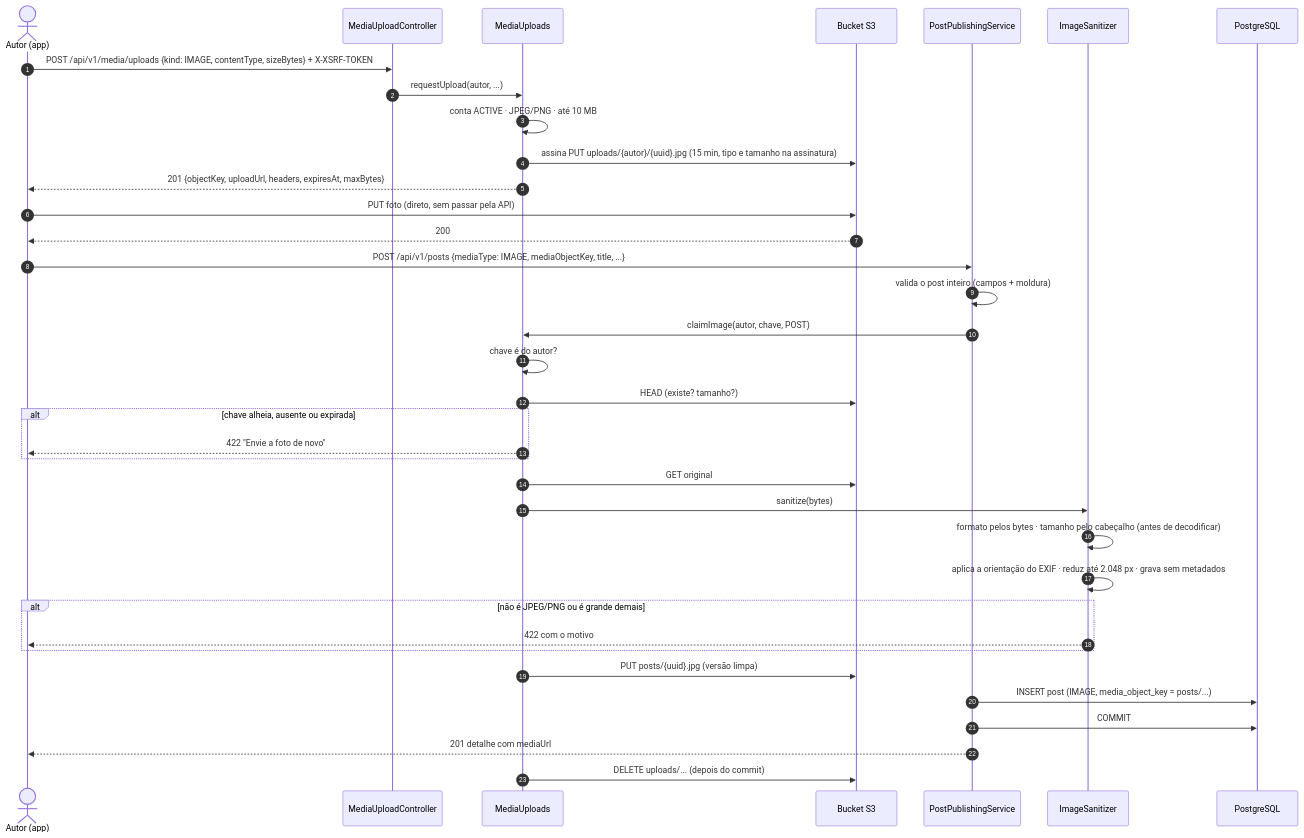
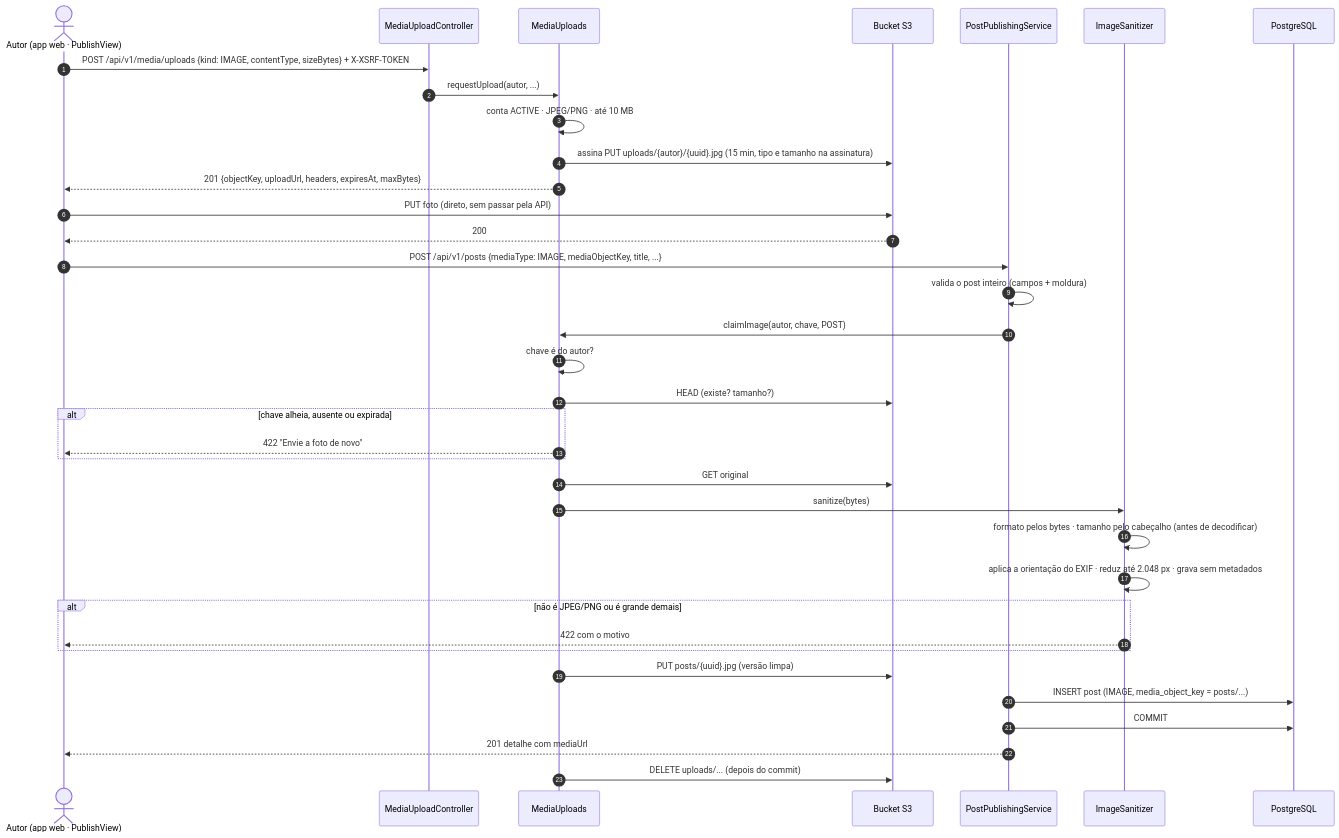
One commit to MatheusHaliski/orange_social_velion changed the third of 7 diagrams in docs/rf/RF29-publicar-post.md. Above: the diagram before and after it, drawn with Mermaid. The commit also changed other lines of this file and 14 other files, not shown here.

````diff
--- a/docs/rf/RF29-publicar-post.md
+++ b/docs/rf/RF29-publicar-post.md
@@ -124,39 +133,39 @@
 ```mermaid
 sequenceDiagram
     autonumber
-    actor A as Autor (app)
+    actor A as Autor (app web · PublishView)
     participant MC as MediaUploadController
     participant PM as MediaUploads
     participant S3 as Bucket S3
     participant S as PostPublishingService
     participant IS as ImageSanitizer
     participant PG as PostgreSQL
 
     A->>MC: POST /api/v1/media/uploads {kind: IMAGE, contentType, sizeBytes} + X-XSRF-TOKEN
     MC->>PM: requestUpload(autor, ...)
     PM->>PM: conta ACTIVE · JPEG/PNG · até 10 MB
     PM->>S3: assina PUT uploads/{autor}/{uuid}.jpg (15 min, tipo e tamanho na assinatura)
     PM-->>A: 201 {objectKey, uploadUrl, headers, expiresAt, maxBytes}
     A->>S3: PUT foto (direto, sem passar pela API)
     S3-->>A: 200
     A->>S: POST /api/v1/posts {mediaType: IMAGE, mediaObjectKey, title, ...}
     S->>S: valida o post inteiro (campos + moldura)
     S->>PM: claimImage(autor, chave, POST)
     PM->>PM: chave é do autor?
     PM->>S3: HEAD (existe? tamanho?)
     alt chave alheia, ausente ou expirada
         PM-->>A: 422 "Envie a foto de novo"
     end
     PM->>S3: GET original
     PM->>IS: sanitize(bytes)
     IS->>IS: formato pelos bytes · tamanho pelo cabeçalho (antes de decodificar)
     IS->>IS: aplica a orientação do EXIF · reduz até 2.048 px · grava sem metadados
     alt não é JPEG/PNG ou é grande demais
         IS-->>A: 422 com o motivo
     end
     PM->>S3: PUT posts/{uuid}.jpg (versão limpa)
     S->>PG: INSERT post (IMAGE, media_object_key = posts/...)
     S->>PG: COMMIT
     S-->>A: 201 detalhe com mediaUrl
     PM->>S3: DELETE uploads/... (depois do commit)
 ```
````
